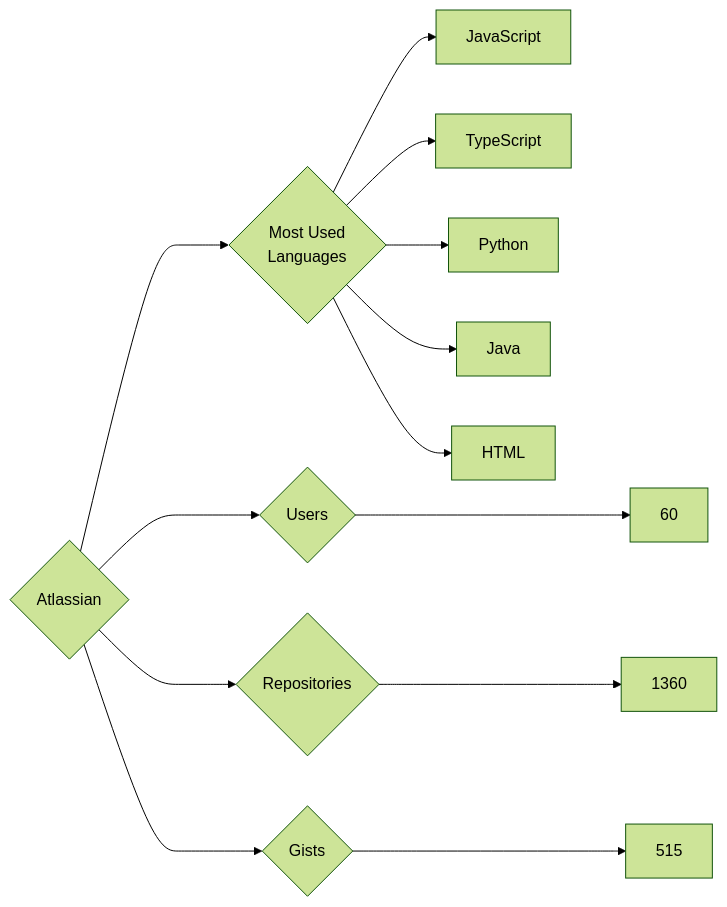
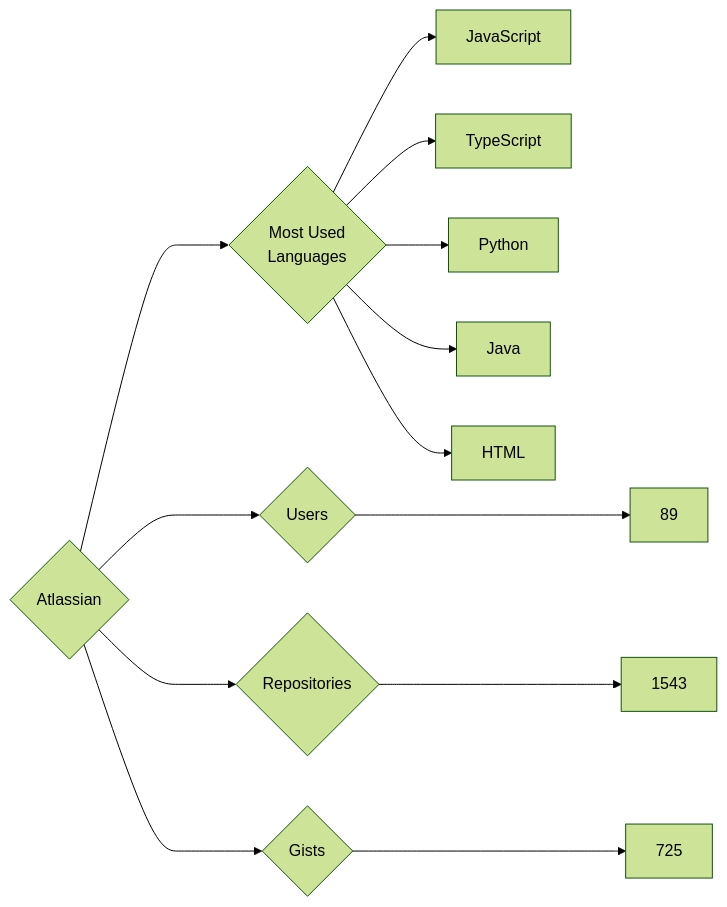
Before and after one commit to trickest/insiders: the diagram in targets/Atlassian/README.md, drawn with Mermaid (forest theme). The commit also changed 777 other files, not shown here.

````diff
--- a/targets/Atlassian/README.md
+++ b/targets/Atlassian/README.md
@@ -3,13 +3,13 @@
 ```mermaid
 graph LR
 COMPANY_NAME{Atlassian}
-COMPANY_NAME ---> U{Users} ---> UN[60]
-COMPANY_NAME ---> R{Repositories} ---> RN[1360]
-COMPANY_NAME ---> G{Gists} ---> GN[515]
+COMPANY_NAME ---> U{Users} ---> UN[89]
+COMPANY_NAME ---> R{Repositories} ---> RN[1543]
+COMPANY_NAME ---> G{Gists} ---> GN[725]
 COMPANY_NAME ---> ML{Most Used<br>Languages}
 ML --> JavaScript[JavaScript]
 ML --> TypeScript[TypeScript]
 ML --> Python[Python]
 ML --> Java[Java]
 ML --> HTML[HTML]
 ```
````
